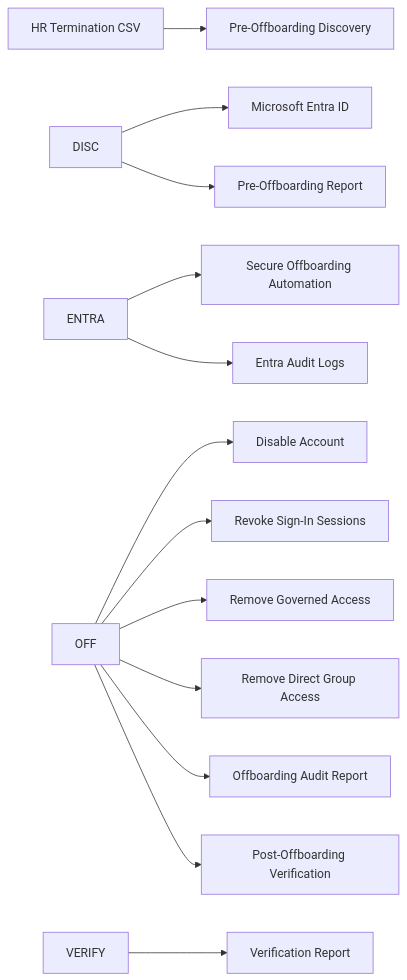
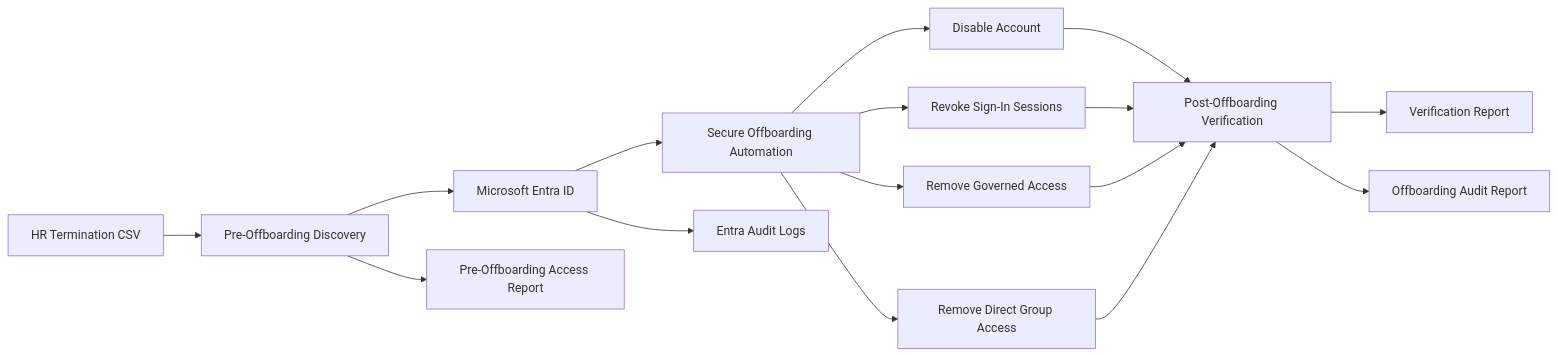
Before and after one commit to eddy-iam-wins/Entra-ID-Secure-Offboarding-Automation: the diagram in README.md, drawn with Mermaid.

````diff
--- a/README.md
+++ b/README.md
@@ -58,29 +58,25 @@
 ```mermaid
-
 flowchart LR
 
-    HR\\\["HR Termination CSV"] --> DISC\\\["Pre-Offboarding Discovery"]
+    HR["HR Termination CSV"] --> DISC["Pre-Offboarding Discovery"]
 
-    DISC --> ENTRA\\\["Microsoft Entra ID"]
+    DISC --> ENTRA["Microsoft Entra ID"]
+    DISC --> PRE["Pre-Offboarding Access Report"]
 
-    DISC --> PRE\\\["Pre-Offboarding Report"]
+    ENTRA --> OFF["Secure Offboarding Automation"]
 
-    ENTRA --> OFF\\\["Secure Offboarding Automation"]
+    OFF --> DISABLE["Disable Account"]
+    OFF --> SESSION["Revoke Sign-In Sessions"]
+    OFF --> GOVERNED["Remove Governed Access"]
+    OFF --> DIRECT["Remove Direct Group Access"]
 
-    OFF --> DISABLE\\\["Disable Account"]
+    DISABLE --> VERIFY["Post-Offboarding Verification"]
+    SESSION --> VERIFY
+    GOVERNED --> VERIFY
+    DIRECT --> VERIFY
 
-    OFF --> SESSION\\\["Revoke Sign-In Sessions"]
+    VERIFY --> POST["Verification Report"]
+    VERIFY --> AUDIT["Offboarding Audit Report"]
 
-    OFF --> GOVERNED\\\["Remove Governed Access"]
-
-    OFF --> DIRECT\\\["Remove Direct Group Access"]
-
-    OFF --> AUDIT\\\["Offboarding Audit Report"]
-
-    OFF --> VERIFY\\\["Post-Offboarding Verification"]
-
-    VERIFY --> POST\\\["Verification Report"]
-
-    ENTRA --> LOGS\\\["Entra Audit Logs"]
-
+    ENTRA --> LOGS["Entra Audit Logs"]
 ```
````
